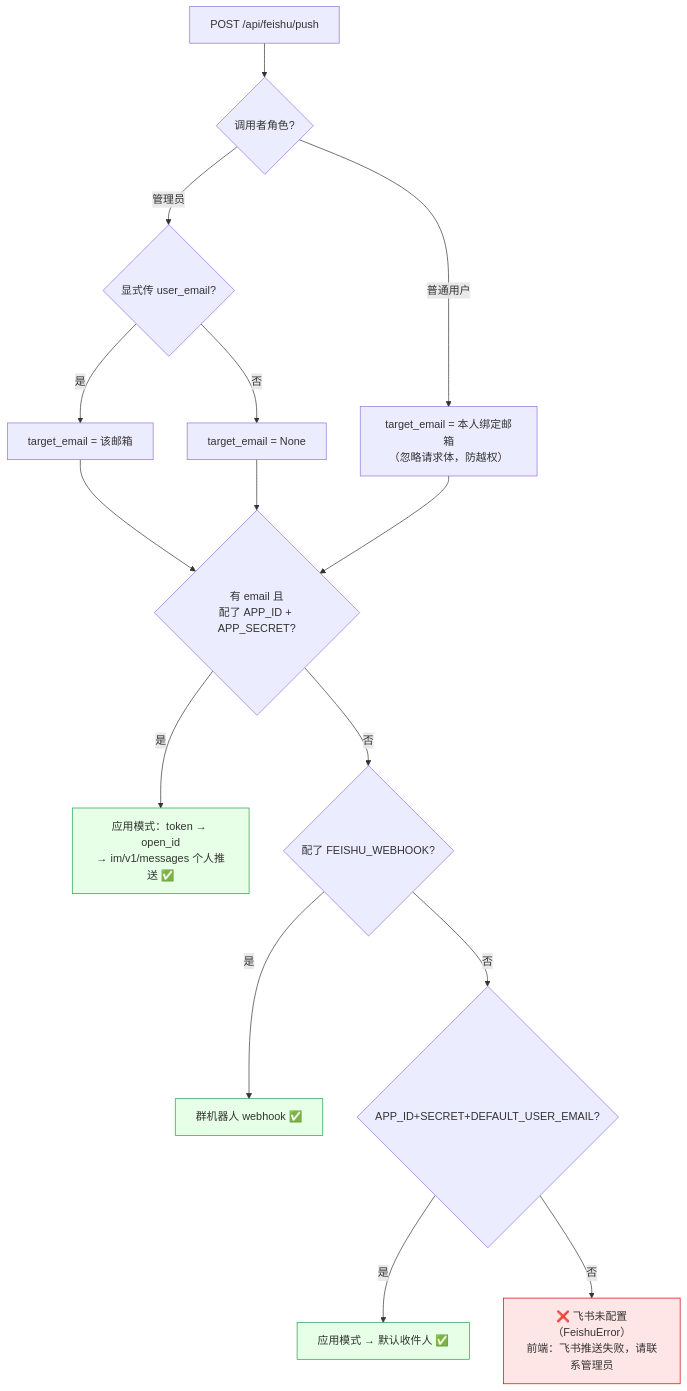
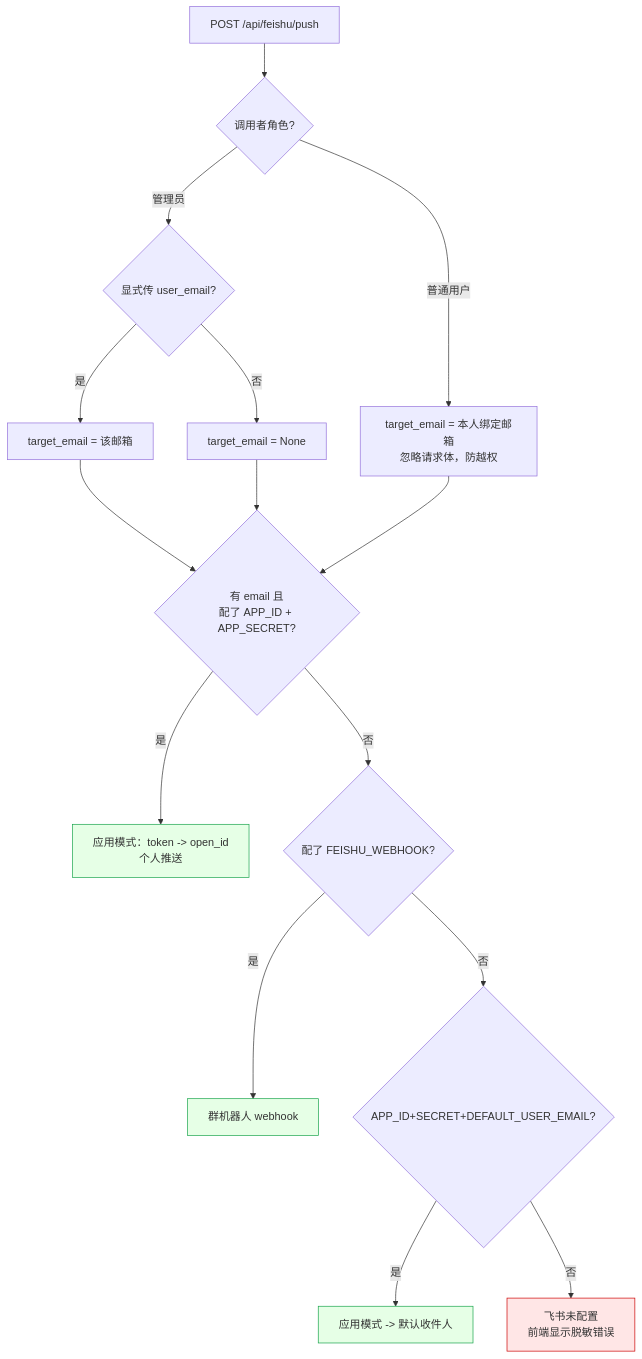
The fifth of 5 diagrams in docs/ARCHITECTURE.md (YJLBigData/DataChatV1), drawn with Mermaid before and after one commit. The commit also changed other lines of this file and 91 other files, not shown here.

````diff
--- a/docs/ARCHITECTURE.md
+++ b/docs/ARCHITECTURE.md
@@ -227,25 +174,25 @@
 ```mermaid
 flowchart TB
     START["POST /api/feishu/push"] --> ROLE{"调用者角色?"}
     ROLE -- "管理员" --> ADM{"显式传 user_email?"}
     ADM -- "是" --> TGT["target_email = 该邮箱"]
     ADM -- "否" --> NONE["target_email = None"]
-    ROLE -- "普通用户" --> USR["target_email = 本人绑定邮箱<br/>（忽略请求体，防越权）"]
+    ROLE -- "普通用户" --> USR["target_email = 本人绑定邮箱<br/>忽略请求体，防越权"]
 
     TGT --> R1
     USR --> R1
     NONE --> R1
 
     R1{"有 email 且<br/>配了 APP_ID + APP_SECRET?"}
-    R1 -- "是" --> APP["应用模式：token → open_id<br/>→ im/v1/messages 个人推送 ✅"]
+    R1 -- "是" --> APP["应用模式：token -> open_id<br/>个人推送"]
     R1 -- "否" --> R2{"配了 FEISHU_WEBHOOK?"}
-    R2 -- "是" --> HOOK["群机器人 webhook ✅"]
+    R2 -- "是" --> HOOK["群机器人 webhook"]
     R2 -- "否" --> R3{"APP_ID+SECRET+DEFAULT_USER_EMAIL?"}
-    R3 -- "是" --> DEF2["应用模式 → 默认收件人 ✅"]
-    R3 -- "否" --> ERR["❌ 飞书未配置（FeishuError）<br/>前端：飞书推送失败，请联系管理员"]
+    R3 -- "是" --> DEF2["应用模式 -> 默认收件人"]
+    R3 -- "否" --> ERR["飞书未配置<br/>前端显示脱敏错误"]
 
     style ERR fill:#ffe6e6,stroke:#cc0000
     style APP fill:#e6ffe6,stroke:#16a34a
     style HOOK fill:#e6ffe6,stroke:#16a34a
     style DEF2 fill:#e6ffe6,stroke:#16a34a
 ```
````
